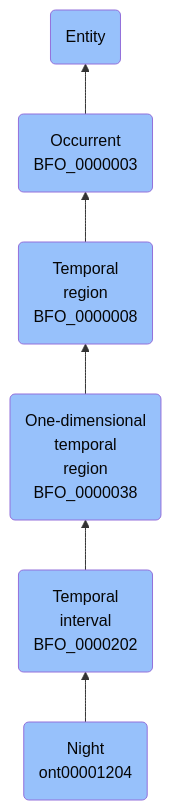
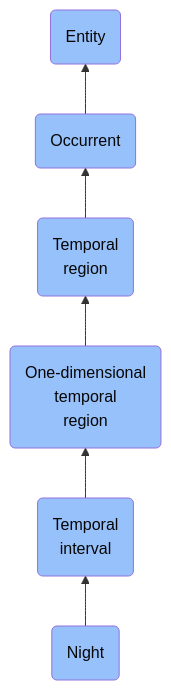
One commit to jupyter-naas/abi changed the diagram in docs/ontology/reference/model/Entity/Occurrent/Temporal region/One-dimensional temporal region/Temporal interval/Night/Night.md. Above: the diagram before and after it, drawn with Mermaid. The commit also changed other lines of this file and 1430 other files, not shown here.

````diff
--- a/docs/ontology/reference/model/Entity/Occurrent/Temporal region/One-dimensional temporal region/Temporal interval/Night/Night.md
+++ b/docs/ontology/reference/model/Entity/Occurrent/Temporal region/One-dimensional temporal region/Temporal interval/Night/Night.md
@@ -24,13 +24,13 @@
 ```mermaid
 graph BT
-    ont00001204(Night<br>ont00001204):::BFO-->BFO_0000202
-    BFO_0000202(Temporal<br>interval<br>BFO_0000202):::BFO-->BFO_0000038
-    BFO_0000038(One-dimensional<br>temporal<br>region<br>BFO_0000038):::BFO-->BFO_0000008
-    BFO_0000008(Temporal<br>region<br>BFO_0000008):::BFO-->BFO_0000003
-    BFO_0000003(Occurrent<br>BFO_0000003):::BFO-->BFO_0000001
+    ont00001204(Night):::BFO-->BFO_0000202
+    BFO_0000202(Temporal<br>interval):::BFO-->BFO_0000038
+    BFO_0000038(One-dimensional<br>temporal<br>region):::BFO-->BFO_0000008
+    BFO_0000008(Temporal<br>region):::BFO-->BFO_0000003
+    BFO_0000003(Occurrent):::BFO-->BFO_0000001
     BFO_0000001(Entity):::BFO
     
     classDef BFO fill:#97c1fb,color:#060606
     classDef CCO fill:#e4c51e,color:#060606
     classDef ABI fill:#48DD82,color:#060606
 ```
````
